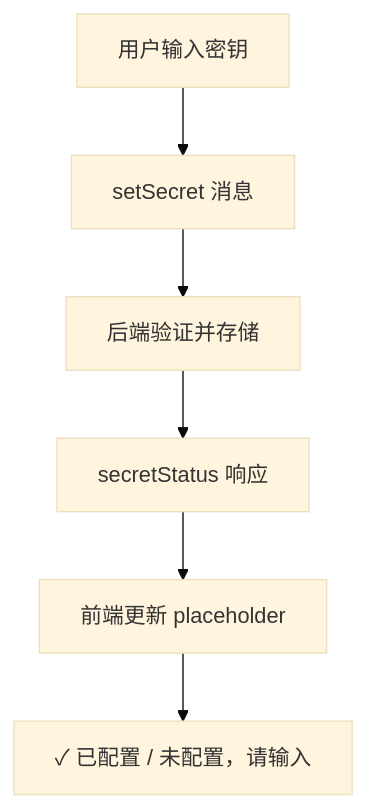
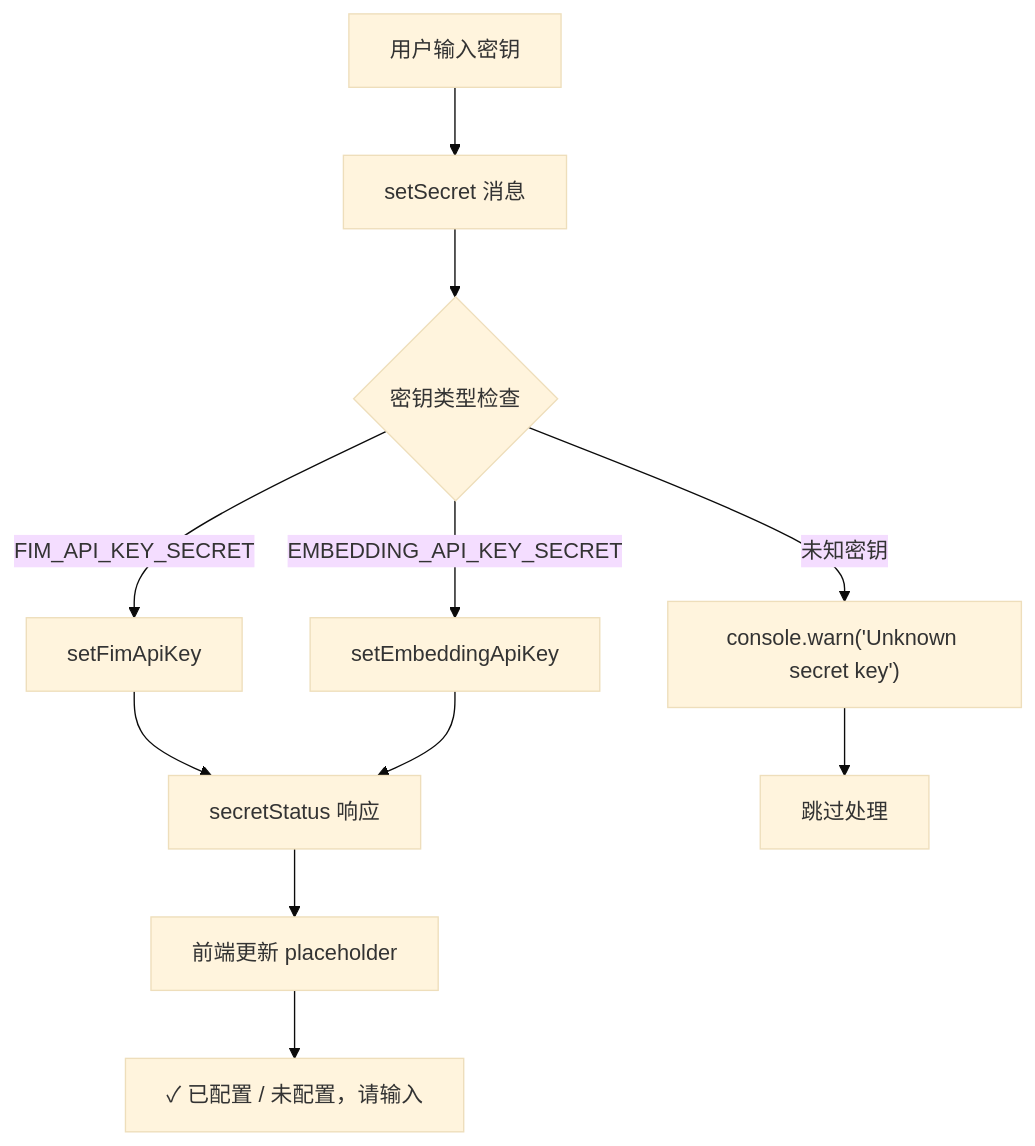
One commit to sofate798/KodrixCode changed the seventh of 11 diagrams in .qoder/repowiki/zh/content/本地集成/模型供应商管理/凭据安全管理.md. Above: the diagram before and after it, drawn with Mermaid (base theme). The commit also changed other lines of this file and 12 other files, not shown here.

````diff
--- a/.qoder/repowiki/zh/content/本地集成/模型供应商管理/凭据安全管理.md
+++ b/.qoder/repowiki/zh/content/本地集成/模型供应商管理/凭据安全管理.md
@@ -295,8 +306,13 @@
 ```mermaid
 flowchart TD
 A["用户输入密钥"] --> B["setSecret 消息"]
-B --> C["后端验证并存储"]
-C --> D["secretStatus 响应"]
-D --> E["前端更新 placeholder"]
-E --> F["✓ 已配置 / 未配置，请输入"]
+B --> C{"密钥类型检查"}
+C --> |FIM_API_KEY_SECRET| D["setFimApiKey"]
+C --> |EMBEDDING_API_KEY_SECRET| E["setEmbeddingApiKey"]
+C --> |未知密钥| F["console.warn('Unknown secret key')"]
+D --> G["secretStatus 响应"]
+E --> G
+F --> H["跳过处理"]
+G --> I["前端更新 placeholder"]
+I --> J["✓ 已配置 / 未配置，请输入"]
 ```
````
